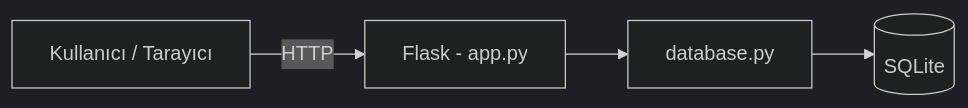
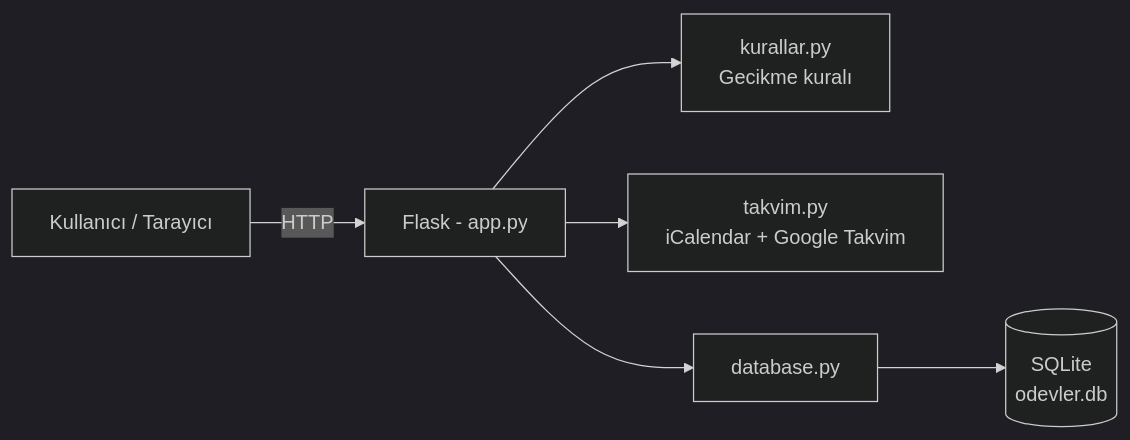
The first of 2 diagrams in docs/architecture.md (IbrahimHalilCavas/odev-takip-sistemi), drawn with Mermaid (dark theme) before and after one commit. The commit also changed other lines of this file, not shown here.

````diff
--- a/docs/architecture.md
+++ b/docs/architecture.md
@@ -16,6 +27,8 @@
 ```mermaid
 flowchart LR
-    U[Kullanıcı / Tarayıcı] -->|HTTP| F[Flask - app.py]
-    F --> D[database.py]
-    D --> S[(SQLite)]
+    U["Kullanıcı / Tarayıcı"] -->|HTTP| F["Flask - app.py"]
+    F --> K["kurallar.py<br/>Gecikme kuralı"]
+    F --> T["takvim.py<br/>iCalendar + Google Takvim"]
+    F --> D["database.py"]
+    D --> S[("SQLite<br/>odevler.db")]
 ```
````
